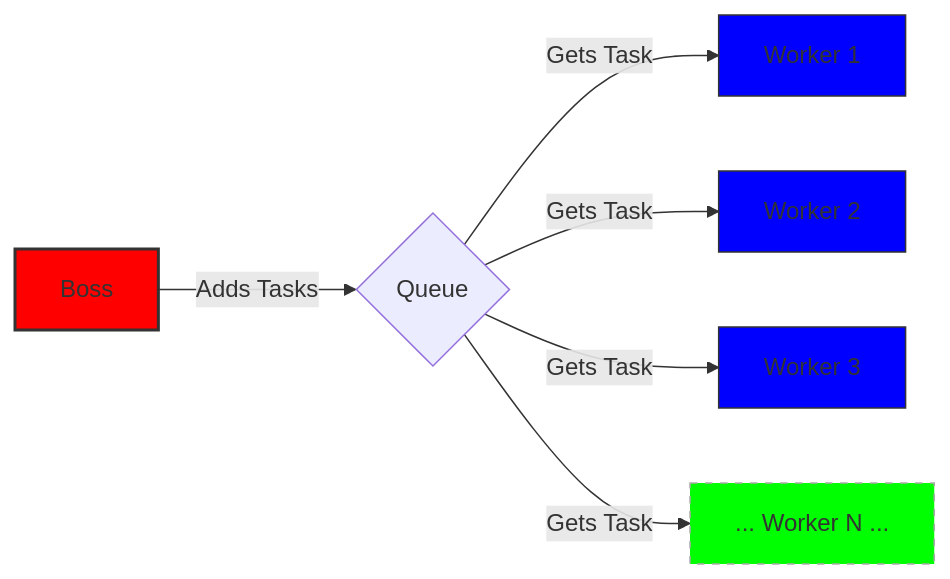
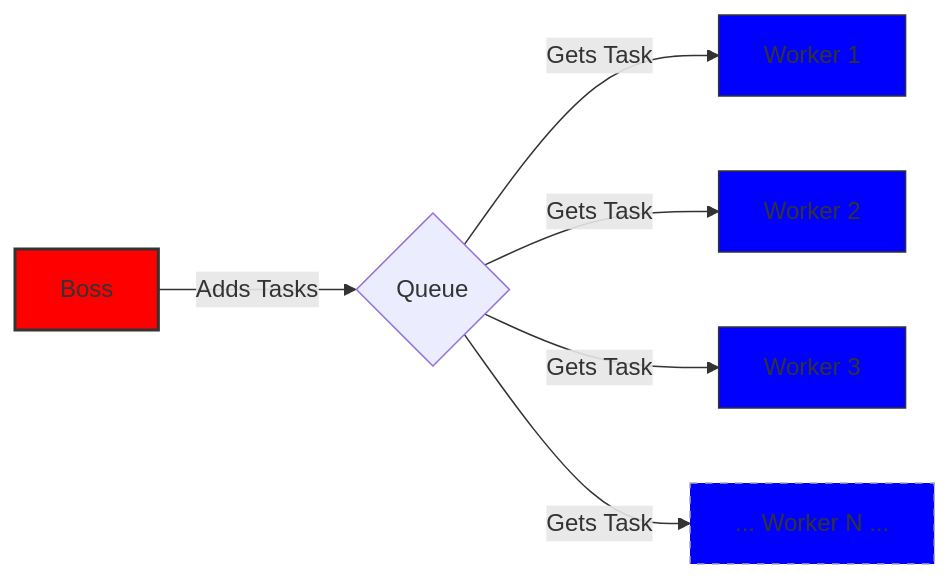
The first of 12 diagrams in lesson_09/canvas/prepare.md (byui-cse/cse351-student-version), drawn with Mermaid before and after one commit. The commit also changed other lines of this file, not shown here.

````diff
--- a/lesson_09/canvas/prepare.md
+++ b/lesson_09/canvas/prepare.md
@@ -39,14 +38,14 @@
 ```mermaid
 graph LR
     B[Boss] -- "Adds Tasks" --> Q{Queue};
     Q -- "Gets Task" --> W1[Worker 1];
     Q -- "Gets Task" --> W2[Worker 2];
     Q -- "Gets Task" --> W3[Worker 3];
     Q -- "Gets Task" --> WN[... Worker N ...];
 
     style B fill:#ff0000,stroke:#333,stroke-width:2px
     style W1 fill:#00ff,stroke:#333,stroke-width:1px
     style W2 fill:#00ff,stroke:#333,stroke-width:1px
     style W3 fill:#00ff,stroke:#333,stroke-width:1px
-    style WN fill:#00ff00,stroke:#aaa,stroke-width:1px,stroke-dasharray: 5 5
+    style WN fill:#00ff,stroke:#aaa,stroke-width:1px,stroke-dasharray: 5 5
 ```
````
